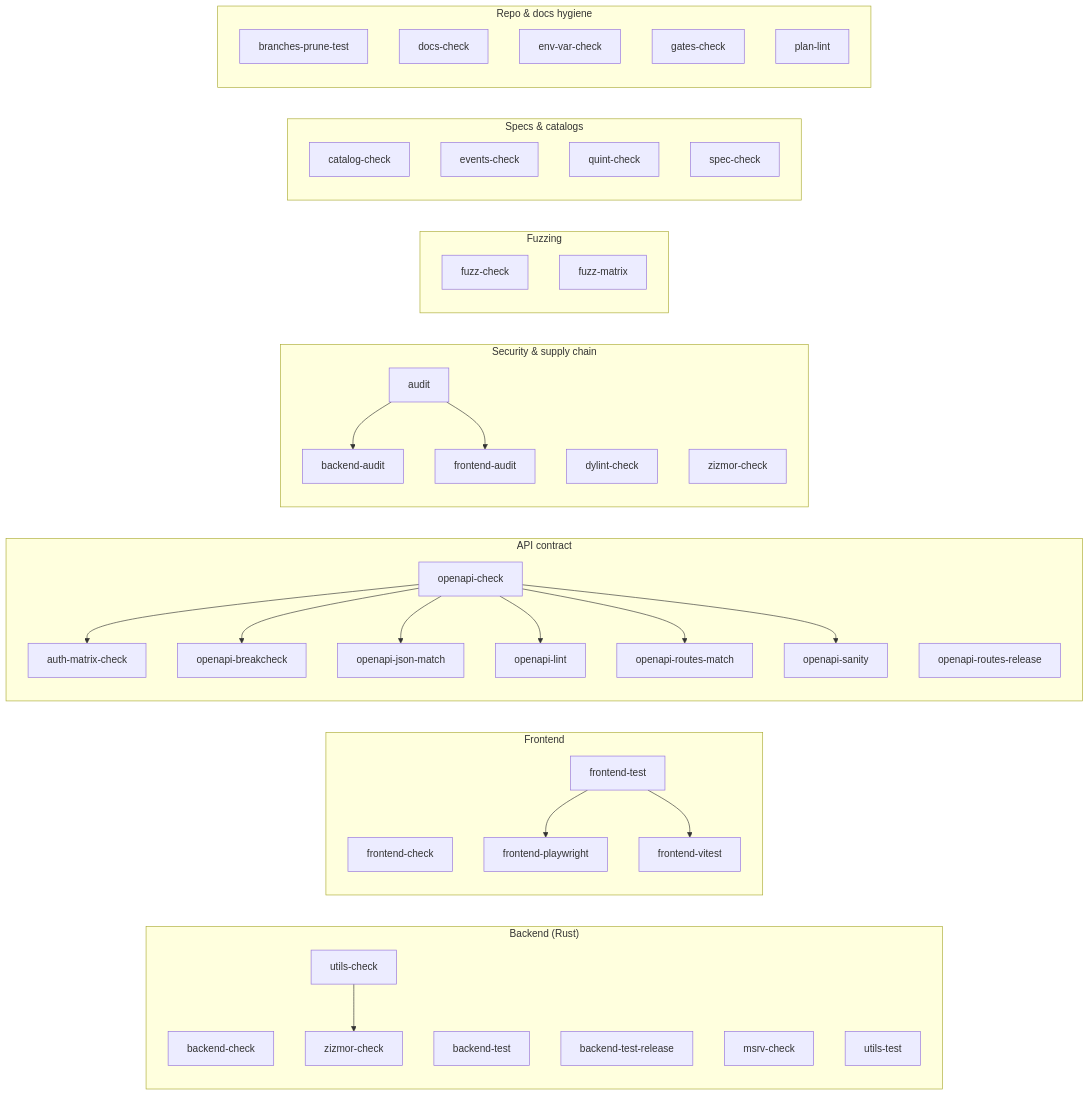
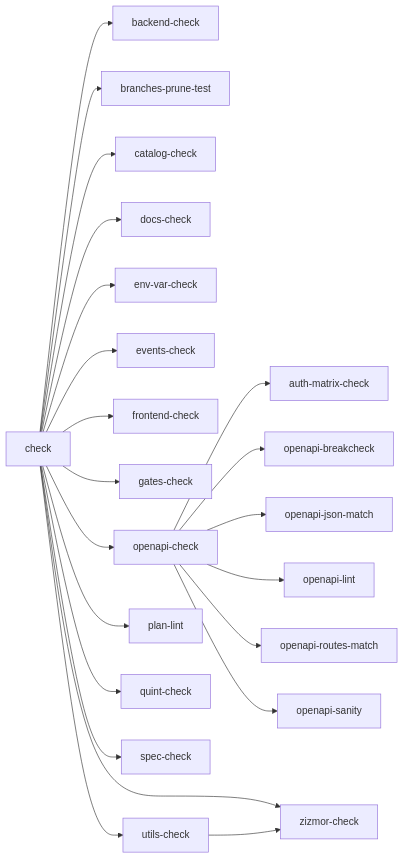
One commit to codesam88/picasu changed the first of 2 diagrams in docs/quality-gates.md. Above: the diagram before and after it, drawn with Mermaid. The commit also changed other lines of this file and 3 other files, not shown here.

First line of the commit message:
tooling: split the rule graph into check and test trees

````diff
--- a/docs/quality-gates.md
+++ b/docs/quality-gates.md
@@ -7,63 +9,24 @@
 ```mermaid
 graph LR
-  subgraph backend["Backend (Rust)"]
-    backend-check
-    backend-test
-    backend-test-release
-    msrv-check
-    utils-check
-    utils-test
-    zizmor-check-in-backend["zizmor-check"]
-  end
-  subgraph frontend["Frontend"]
-    frontend-check
-    frontend-playwright
-    frontend-test
-    frontend-vitest
-  end
-  subgraph api["API contract"]
-    auth-matrix-check
-    openapi-breakcheck
-    openapi-check
-    openapi-json-match
-    openapi-lint
-    openapi-routes-match
-    openapi-routes-release
-    openapi-sanity
-  end
-  subgraph security["Security & supply chain"]
-    audit
-    backend-audit
-    dylint-check
-    frontend-audit
-    zizmor-check
-  end
-  subgraph fuzzing["Fuzzing"]
-    fuzz-check
-    fuzz-matrix
-  end
-  subgraph specs["Specs & catalogs"]
-    catalog-check
-    events-check
-    quint-check
-    spec-check
-  end
-  subgraph repo["Repo & docs hygiene"]
-    branches-prune-test
-    docs-check
-    env-var-check
-    gates-check
-    plan-lint
-  end
-  audit --> backend-audit
-  audit --> frontend-audit
-  frontend-test --> frontend-playwright
-  frontend-test --> frontend-vitest
+  check --> backend-check
+  check --> branches-prune-test
+  check --> catalog-check
+  check --> docs-check
+  check --> env-var-check
+  check --> events-check
+  check --> frontend-check
+  check --> gates-check
+  check --> openapi-check
+  check --> plan-lint
+  check --> quint-check
+  check --> spec-check
+  check --> utils-check
+  check --> zizmor-check
   openapi-check --> auth-matrix-check
   openapi-check --> openapi-breakcheck
   openapi-check --> openapi-json-match
   openapi-check --> openapi-lint
   openapi-check --> openapi-routes-match
   openapi-check --> openapi-sanity
-  utils-check --> zizmor-check-in-backend
+  utils-check --> zizmor-check
 ```
````
